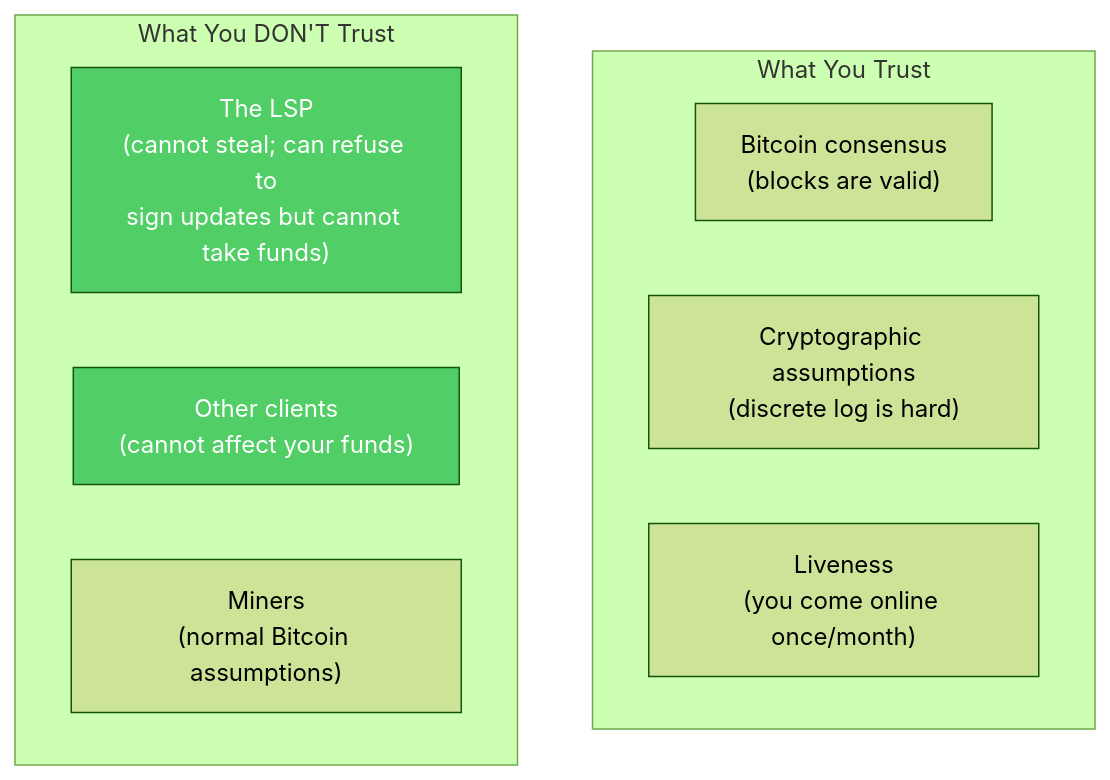
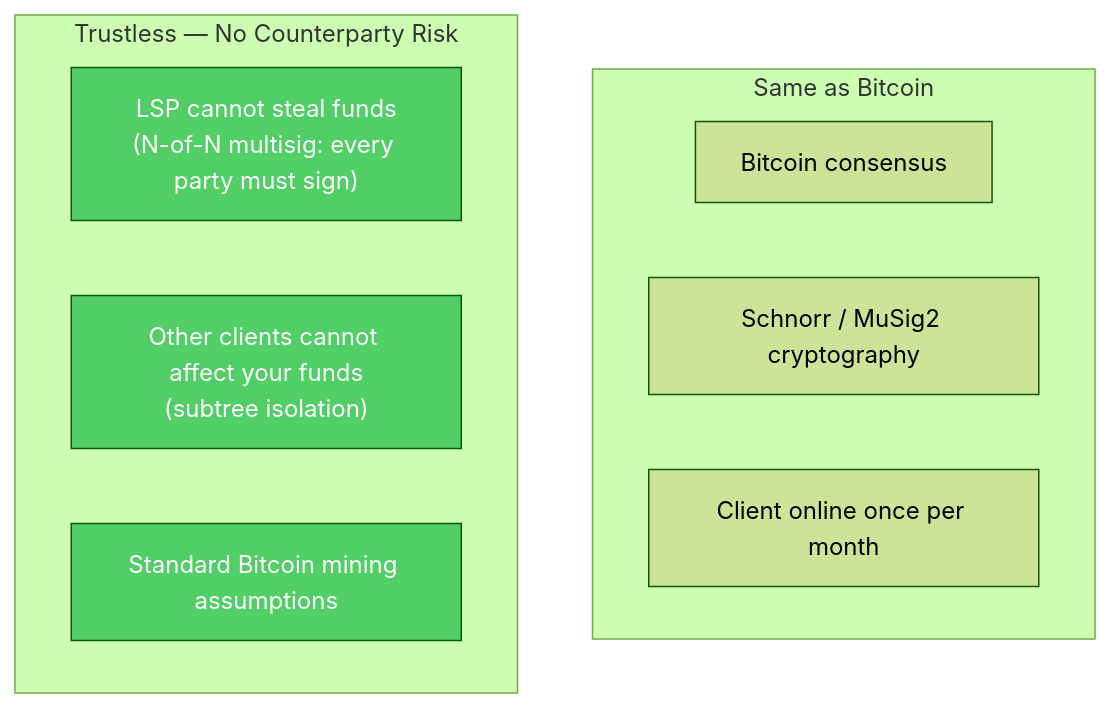
Before and after one commit to 8144225309/superscalar-docs: the diagram in deep-dives/security-model.md, drawn with Mermaid (forest theme). The commit also changed other lines of this file, not shown here.

First line of the commit message:
docs: reframe Trust Assumptions as Trustless Model

````diff
--- a/deep-dives/security-model.md
+++ b/deep-dives/security-model.md
@@ -13,17 +15,18 @@
 ```mermaid
 graph TD
-    subgraph "What You Trust"
-        BTC["Bitcoin consensus<br/>(blocks are valid)"]
-        MATH["Cryptographic assumptions<br/>(discrete log is hard)"]
-        LIVE["Liveness<br/>(you come online once/month)"]
+    subgraph "Same as Bitcoin"
+        BTC["Bitcoin consensus"]
+        MATH["Schnorr / MuSig2 cryptography"]
+        LIVE["Client online once per month"]
     end
 
-    subgraph "What You DON'T Trust"
-        LSP["The LSP<br/>(cannot steal; can refuse to<br/>sign updates but cannot take funds)"]
-        OTHER["Other clients<br/>(cannot affect your funds)"]
-        MINER["Miners<br/>(normal Bitcoin assumptions)"]
+    subgraph "Trustless — No Counterparty Risk"
+        LSP["LSP cannot steal funds<br/>(N-of-N multisig: every party must sign)"]
+        OTHER["Other clients cannot affect your funds<br/>(subtree isolation)"]
+        MINER["Standard Bitcoin mining assumptions"]
     end
 
     style LSP fill:#51cf66,color:#fff
     style OTHER fill:#51cf66,color:#fff
+    style MINER fill:#51cf66,color:#fff
 ```
````
